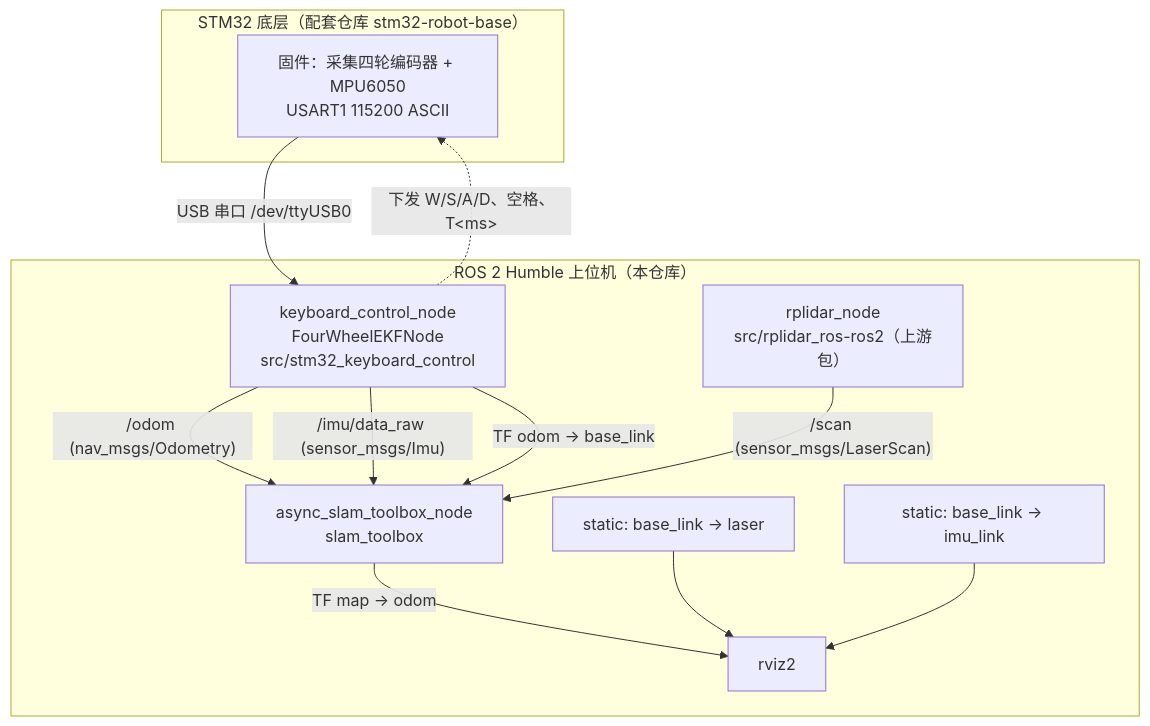
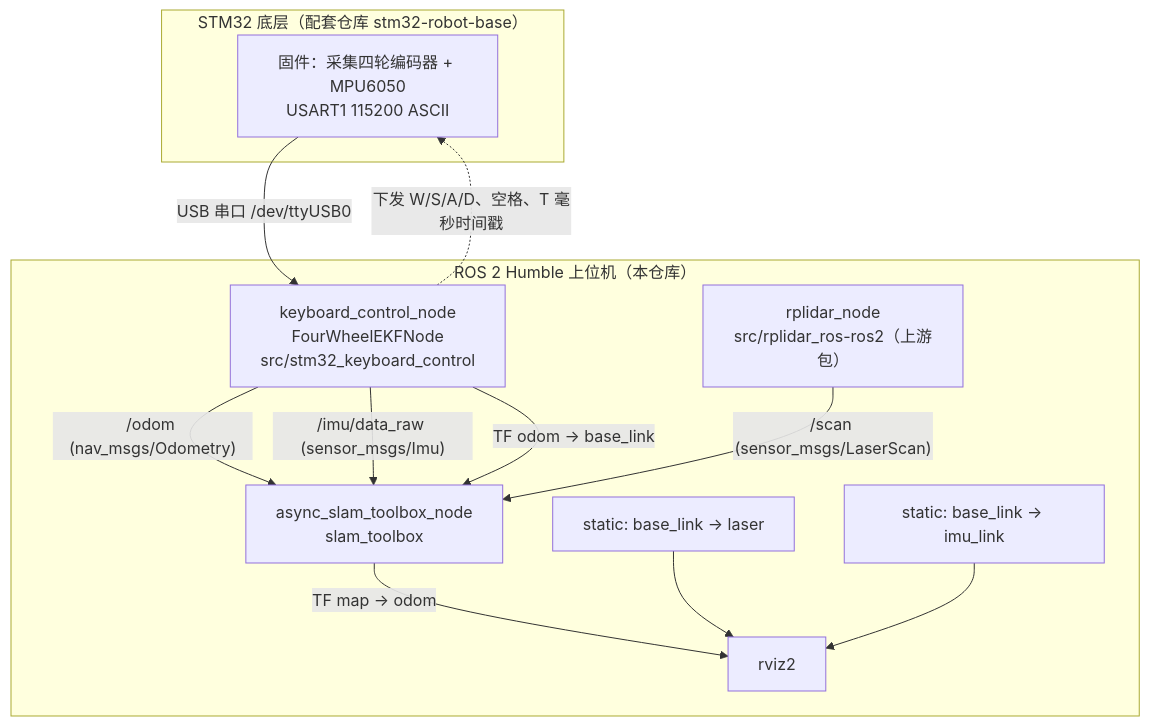
Before and after one commit to DLDLDL13579/stm32-ros2-navigation: the first of 3 diagrams in README.md, drawn with Mermaid.

Commit message:
docs: 修正架构图中会破坏 Mermaid 解析的 HTML 实体

````diff
--- a/README.md
+++ b/README.md
@@ -32,25 +32,25 @@
 ```mermaid
 graph TB
     subgraph MCU["STM32 底层（配套仓库 stm32-robot-base）"]
         FW["固件：采集四轮编码器 + MPU6050<br/>USART1 115200 ASCII"]
     end
 
     subgraph ROS2["ROS 2 Humble 上位机（本仓库）"]
         KCN["keyboard_control_node<br/>FourWheelEKFNode<br/>src/stm32_keyboard_control"]
         RPL["rplidar_node<br/>src/rplidar_ros-ros2（上游包）"]
         SLAM["async_slam_toolbox_node<br/>slam_toolbox"]
         RVIZ["rviz2"]
         TF1["static: base_link → laser"]
         TF2["static: base_link → imu_link"]
     end
 
     FW -->|"USB 串口 /dev/ttyUSB0"| KCN
     KCN -->|"/odom (nav_msgs/Odometry)"| SLAM
     KCN -->|"/imu/data_raw (sensor_msgs/Imu)"| SLAM
     KCN -->|"TF odom → base_link"| SLAM
     RPL -->|"/scan (sensor_msgs/LaserScan)"| SLAM
     SLAM -->|"TF map → odom"| RVIZ
     TF1 --> RVIZ
     TF2 --> RVIZ
-    KCN -.->|"下发 W/S/A/D、空格、T&lt;ms&gt;"| FW
+    KCN -.->|"下发 W/S/A/D、空格、T 毫秒时间戳"| FW
 ```
````
